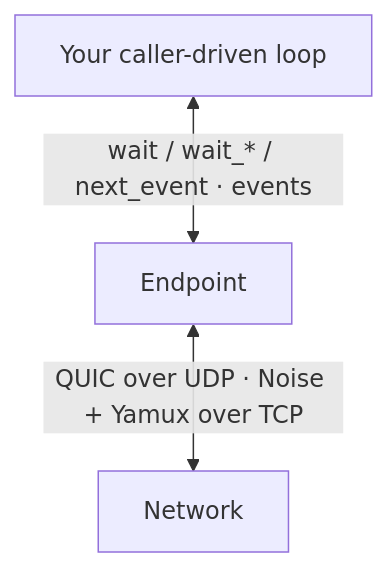
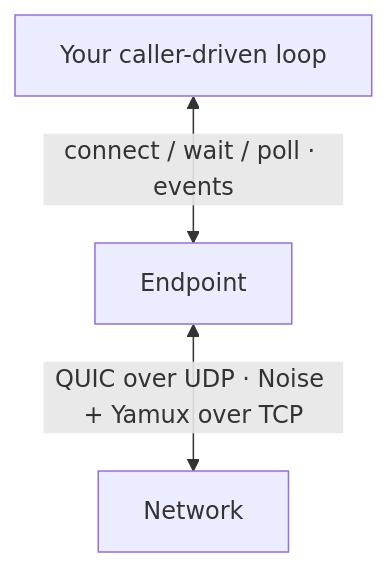
Before and after one commit to deepso7/minip2p: the diagram in docs/md/rust/concepts.mdx, drawn with Mermaid. The commit also changed other lines of this file and 16 other files, not shown here.

First line of the commit message:
docs: document the one connect and one wait Endpoint model

````diff
--- a/docs/md/rust/concepts.mdx
+++ b/docs/md/rust/concepts.mdx
@@ -14,5 +14,5 @@
 ```mermaid
 flowchart TB
-  A["Your caller-driven loop"] <-->|"wait / wait_* / next_event · events"| B["Endpoint"]
+  A["Your caller-driven loop"] <-->|"connect / wait / poll · events"| B["Endpoint"]
   B <-->|"QUIC over UDP · Noise + Yamux over TCP"| C["Network"]
 ```
````
